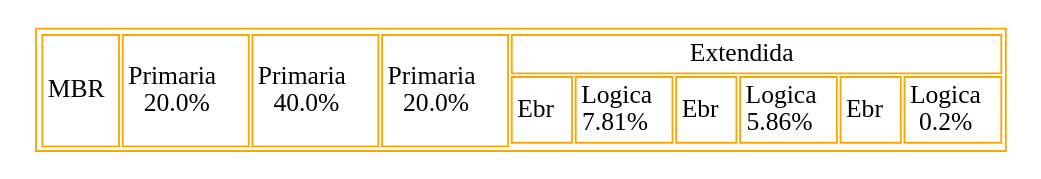
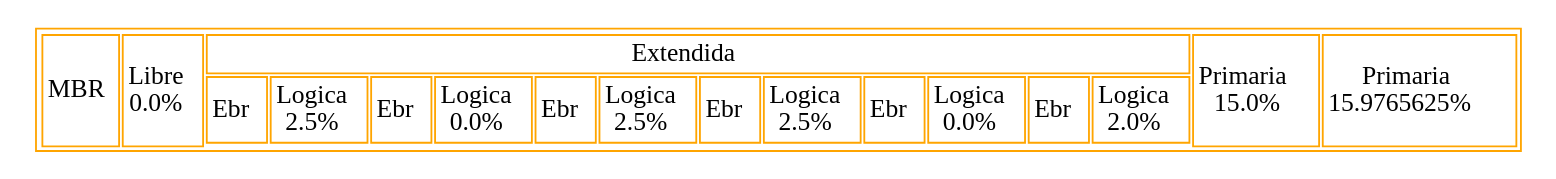
The diagram in reports/Disco1_disk.dot (Noel1903/MIA_P12S2023_201900822), drawn with Graphviz before and after one commit. The commit also changed 35 other files, not shown here.

```diff
--- a/reports/Disco1_disk.dot
+++ b/reports/Disco1_disk.dot
@@ -1,17 +1,20 @@
 digraph G{
 node[shape=plaintext]
 graph[label=<
 <table border='1' cellborder='1' cellspacing='2' color='orange'>
 <tr><td rowspan='3'>MBR</td>
-<td rowspan = '3'>Primaria<br/>20.0%</td>
-<td rowspan = '3'>Primaria<br/>40.0%</td>
-<td rowspan = '3'>Primaria<br/>20.0%</td>
-<td colspan = '6'>Extendida</td>
+<td rowspan = '3'>Libre<br/>0.0%</td>
+<td colspan = '12'>Extendida</td>
+<td rowspan = '3'>Primaria<br/>15.0%</td>
+<td rowspan = '3'>Primaria<br/>15.9765625%</td>
 </tr>
-<tr><td>Ebr</td><td>Logica<br/>7.81%</td>
-<td>Ebr</td><td>Logica<br/>5.86%</td>
-<td>Ebr</td><td>Logica<br/>0.2%</td>
+<tr><td>Ebr</td><td>Logica<br/>2.5%</td>
+<td>Ebr</td><td>Logica<br/>0.0%</td>
+<td>Ebr</td><td>Logica<br/>2.5%</td>
+<td>Ebr</td><td>Logica<br/>2.5%</td>
+<td>Ebr</td><td>Logica<br/>0.0%</td>
+<td>Ebr</td><td>Logica<br/>2.0%</td>
 </tr>
 </table>
 >];
 }
```
